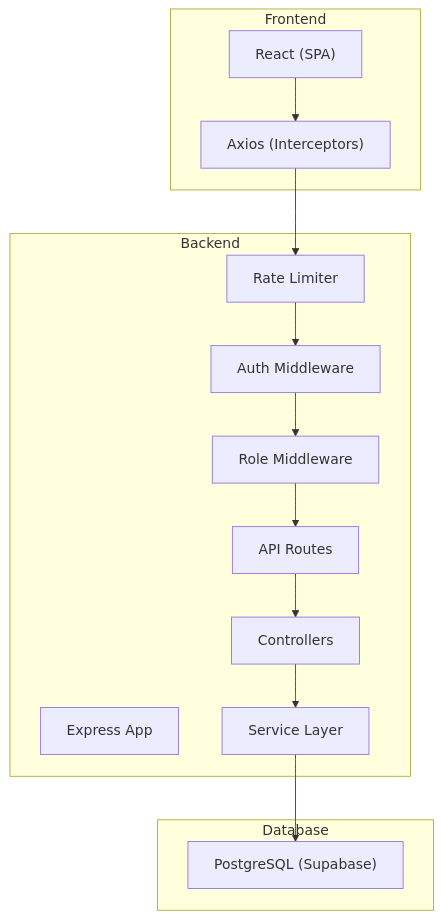
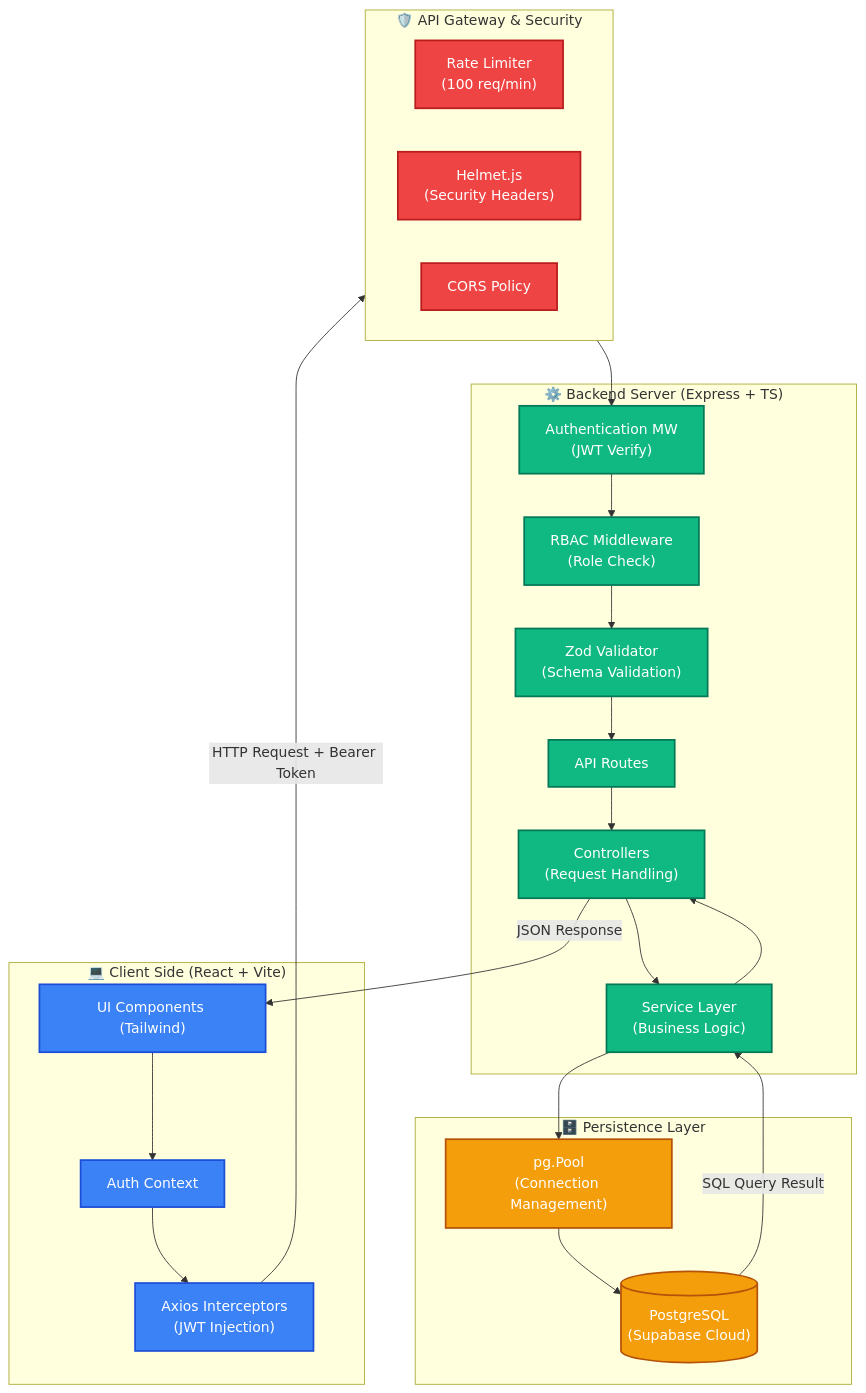
Before and after one commit to Shivam0247/Finance-Dashboard: the diagram in README.md, drawn with Mermaid. The commit also changed other lines of this file, not shown here.

Commit message:
doc: diagram changed

````diff
--- a/README.md
+++ b/README.md
@@ -10,30 +10,60 @@
 ```mermaid
 graph TD
-    subgraph Frontend
-        React["React (SPA)"]
-        Axios["Axios (Interceptors)"]
+    %% Define Styles
+    classDef frontend fill:#3b82f6,stroke:#1d4ed8,stroke-width:2px,color:#fff;
+    classDef backend fill:#10b981,stroke:#047857,stroke-width:2px,color:#fff;
+    classDef database fill:#f59e0b,stroke:#b45309,stroke-width:2px,color:#fff;
+    classDef security fill:#ef4444,stroke:#b91c1c,stroke-width:2px,color:#fff;
+
+    %% Client Layer
+    subgraph Client ["💻 Client Side (React + Vite)"]
+        UI["UI Components (Tailwind)"]
+        State["Auth Context"]
+        Axios["Axios Interceptors\n(JWT Injection)"]
     end
 
-    subgraph Backend
-        Express["Express App"]
-        Auth["Auth Middleware"]
-        Roles["Role Middleware"]
-        Limiter["Rate Limiter"]
-        Routes["API Routes"]
-        Controllers["Controllers"]
-        Services["Service Layer"]
+    %% Gateway Layer
+    subgraph Gateway ["🛡️ API Gateway & Security"]
+        Limiter["Rate Limiter\n(100 req/min)"]
+        Helmet["Helmet.js\n(Security Headers)"]
+        CORS["CORS Policy"]
     end
 
-    subgraph Database
-        DB["PostgreSQL (Supabase)"]
+    %% Backend Layer
+    subgraph Server ["⚙️ Backend Server (Express + TS)"]
+        AuthMW["Authentication MW\n(JWT Verify)"]
+        RoleGuard["RBAC Middleware\n(Role Check)"]
+        Validator["Zod Validator\n(Schema Validation)"]
+        Routes["API Routes"]
+        Controllers["Controllers\n(Request Handling)"]
+        Services["Service Layer\n(Business Logic)"]
     end
 
-    React --> Axios
-    Axios --> Limiter
-    Limiter --> Auth
-    Auth --> Roles
-    Roles --> Routes
+    %% Persistence Layer
+    subgraph Storage ["🗄️ Persistence Layer"]
+        Pool["pg.Pool\n(Connection Management)"]
+        DB[("PostgreSQL\n(Supabase Cloud)")]
+    end
+
+    %% Relationships
+    UI --> State
+    State --> Axios
+    Axios -- "HTTP Request + Bearer Token" --> Gateway
+    Gateway --> AuthMW
+    AuthMW --> RoleGuard
+    RoleGuard --> Validator
+    Validator --> Routes
     Routes --> Controllers
     Controllers --> Services
-    Services --> DB
+    Services --> Pool
+    Pool --> DB
+    DB -- "SQL Query Result" --> Services
+    Services --> Controllers
+    Controllers -- "JSON Response" --> UI
+
+    %% Assign Classes
+    class UI,State,Axios frontend;
+    class AuthMW,RoleGuard,Validator,Routes,Controllers,Services backend;
+    class Pool,DB database;
+    class Limiter,Helmet,CORS security;
 ```
````
